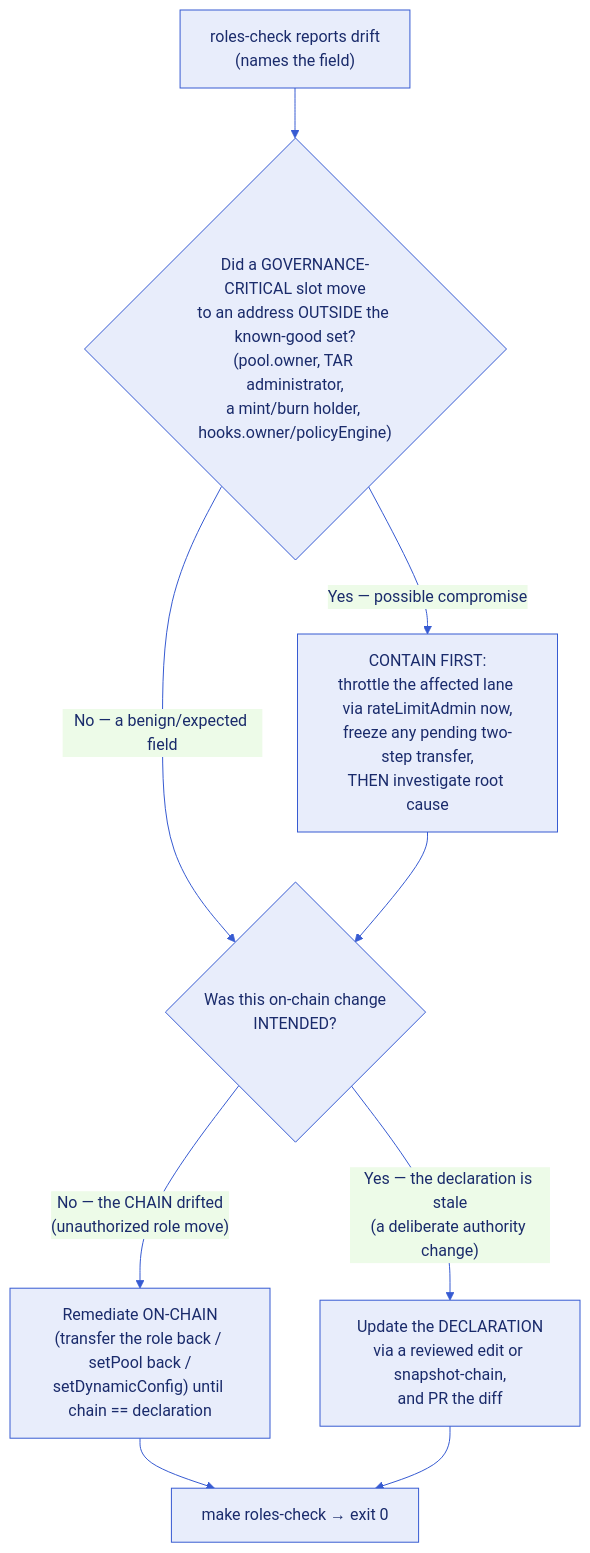
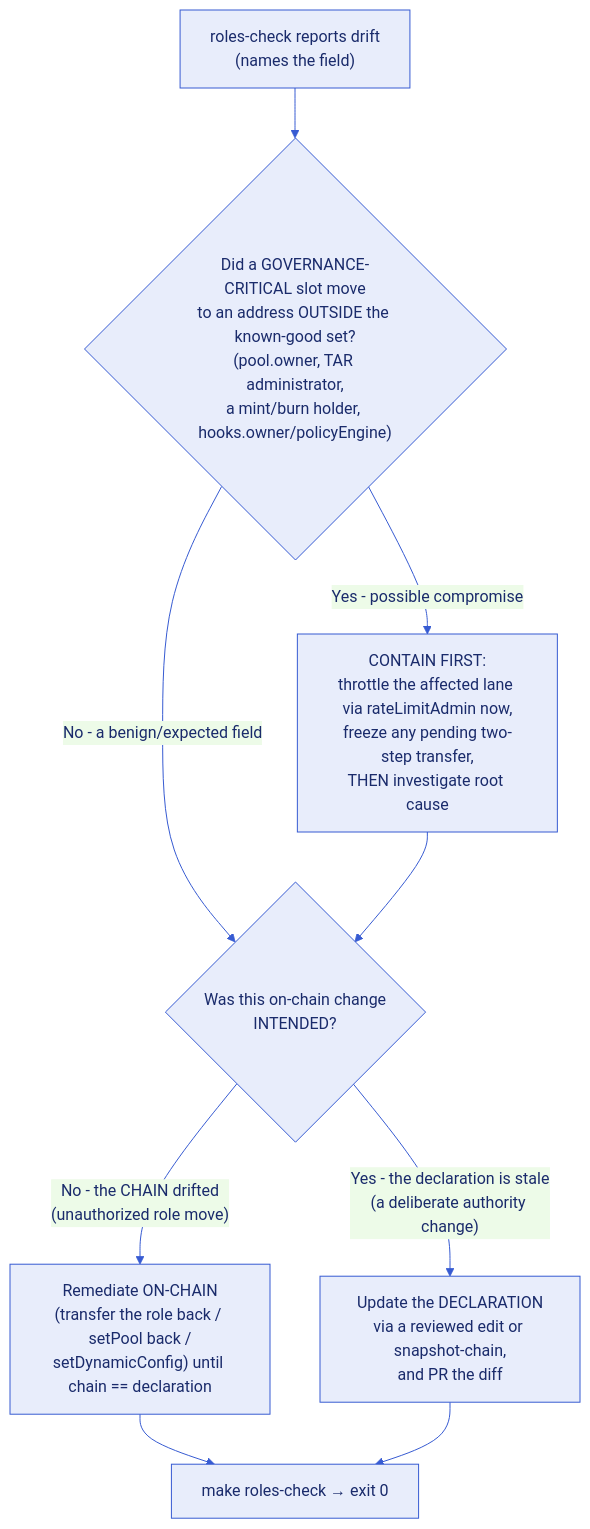
Before and after one commit to smartcontractkit/docs-cct-foundry: the second of 3 diagrams in docs/roles.md, drawn with Mermaid. The commit also changed other lines of this file and 250 other files, not shown here.

First line of the commit message:
docs: two-audience information architecture, primitives catalog, deploy golden path, and a pre-send preflight

````diff
--- a/docs/roles.md
+++ b/docs/roles.md
@@ -144,12 +148,12 @@
 ```mermaid
 %%{init: {'theme':'base','themeVariables':{'primaryColor':'#E8EDFB','primaryBorderColor':'#375BD2','primaryTextColor':'#1A2B6B','lineColor':'#375BD2','fontFamily':'ui-sans-serif, system-ui, sans-serif'}}}%%
 flowchart TD
   D["roles-check reports drift<br/>(names the field)"] --> S{"Did a GOVERNANCE-CRITICAL slot move<br/>to an address OUTSIDE the known-good set?<br/>(pool.owner, TAR administrator,<br/>a mint/burn holder, hooks.owner/policyEngine)"}
-  S -->|"Yes — possible compromise"| C["CONTAIN FIRST:<br/>throttle the affected lane via rateLimitAdmin now,<br/>freeze any pending two-step transfer,<br/>THEN investigate root cause"]
-  S -->|"No — a benign/expected field"| Q
+  S -->|"Yes - possible compromise"| C["CONTAIN FIRST:<br/>throttle the affected lane via rateLimitAdmin now,<br/>freeze any pending two-step transfer,<br/>THEN investigate root cause"]
+  S -->|"No - a benign/expected field"| Q
   C --> Q{"Was this on-chain change<br/>INTENDED?"}
-  Q -->|"No — the CHAIN drifted<br/>(unauthorized role move)"| R1["Remediate ON-CHAIN<br/>(transfer the role back / setPool back /<br/>setDynamicConfig) until chain == declaration"]
-  Q -->|"Yes — the declaration is stale<br/>(a deliberate authority change)"| R2["Update the DECLARATION<br/>via a reviewed edit or snapshot-chain,<br/>and PR the diff"]
+  Q -->|"No - the CHAIN drifted<br/>(unauthorized role move)"| R1["Remediate ON-CHAIN<br/>(transfer the role back / setPool back /<br/>setDynamicConfig) until chain == declaration"]
+  Q -->|"Yes - the declaration is stale<br/>(a deliberate authority change)"| R2["Update the DECLARATION<br/>via a reviewed edit or snapshot-chain,<br/>and PR the diff"]
   R1 --> V["make roles-check → exit 0"]
   R2 --> V
 ```
````
